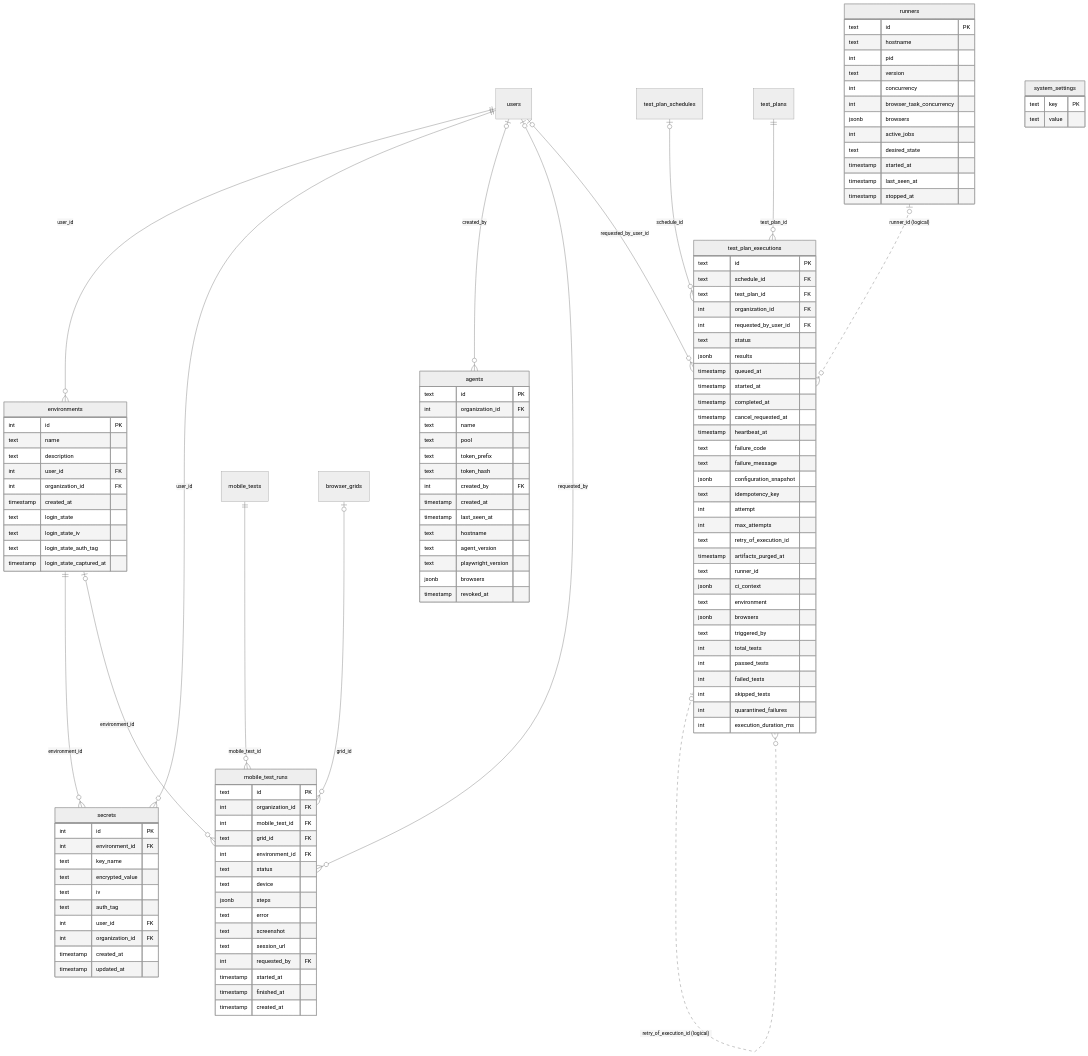
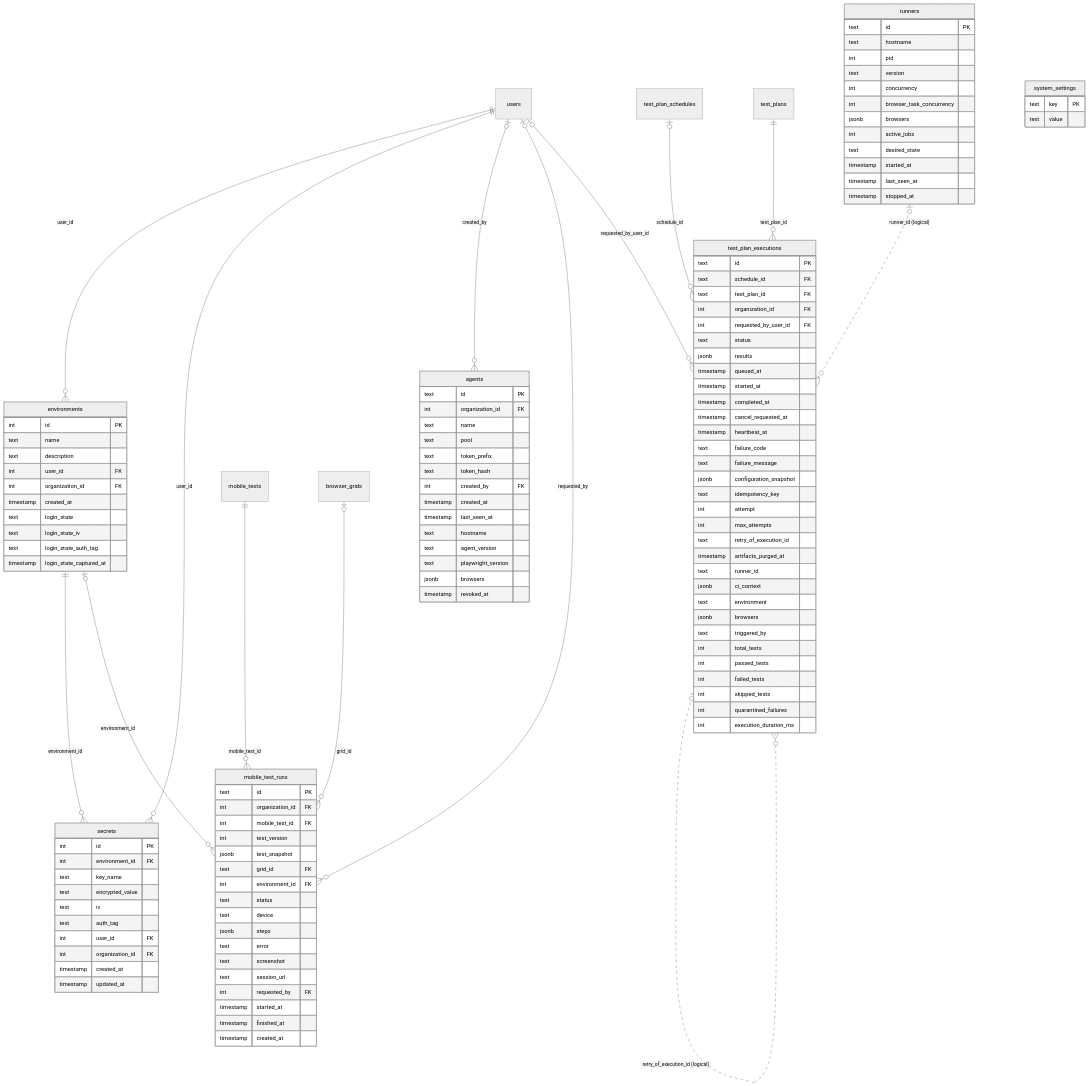
Before and after one commit to Markg981/WebFlowMaster: the sixth of 8 diagrams in docs/en/internals/database-schema.md, drawn with Mermaid (neutral theme). The commit also changed other lines of this file and 54 other files, not shown here.

```diff
--- a/docs/en/internals/database-schema.md
+++ b/docs/en/internals/database-schema.md
@@ -1098,6 +1127,8 @@
     text id PK
     int organization_id FK
     int mobile_test_id FK
+    int test_version
+    jsonb test_snapshot
     text grid_id FK
     int environment_id FK
     text status
```
